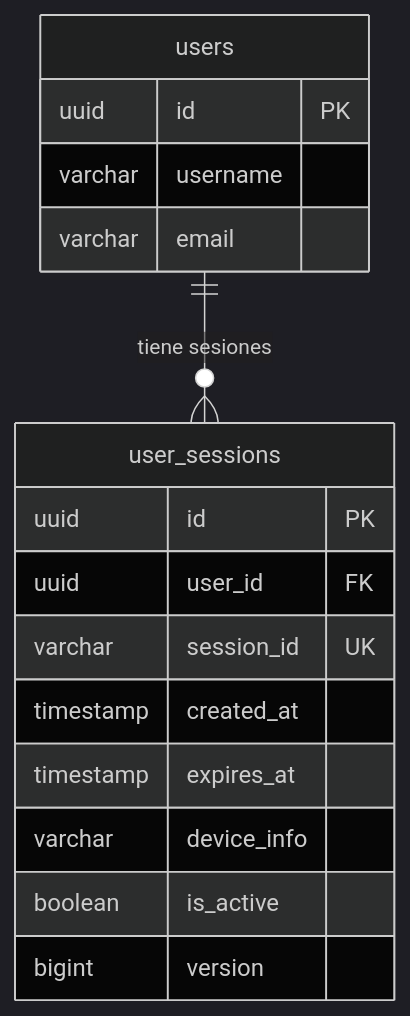
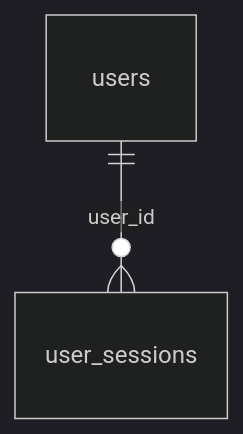
One commit to adriijg/JADA-Fit-back changed the fifth of 5 diagrams in docs/SCHEMA.md. Above: the diagram before and after it, drawn with Mermaid (dark theme). The commit also changed other lines of this file, not shown here.

Commit message:
fix: simplify ER diagrams to pure relational (no attribute blocks)

````diff
--- a/docs/SCHEMA.md
+++ b/docs/SCHEMA.md
@@ -308,21 +86,4 @@
 ```mermaid
 erDiagram
-    users {
-        uuid id PK
-        varchar username
-        varchar email
-    }
-
-    user_sessions {
-        uuid id PK
-        uuid user_id FK
-        varchar session_id UK
-        timestamp created_at
-        timestamp expires_at
-        varchar device_info
-        boolean is_active
-        bigint version
-    }
-
-    users ||--o{ user_sessions : "tiene sesiones"
+    users ||--o{ user_sessions : "user_id"
 ```
````
